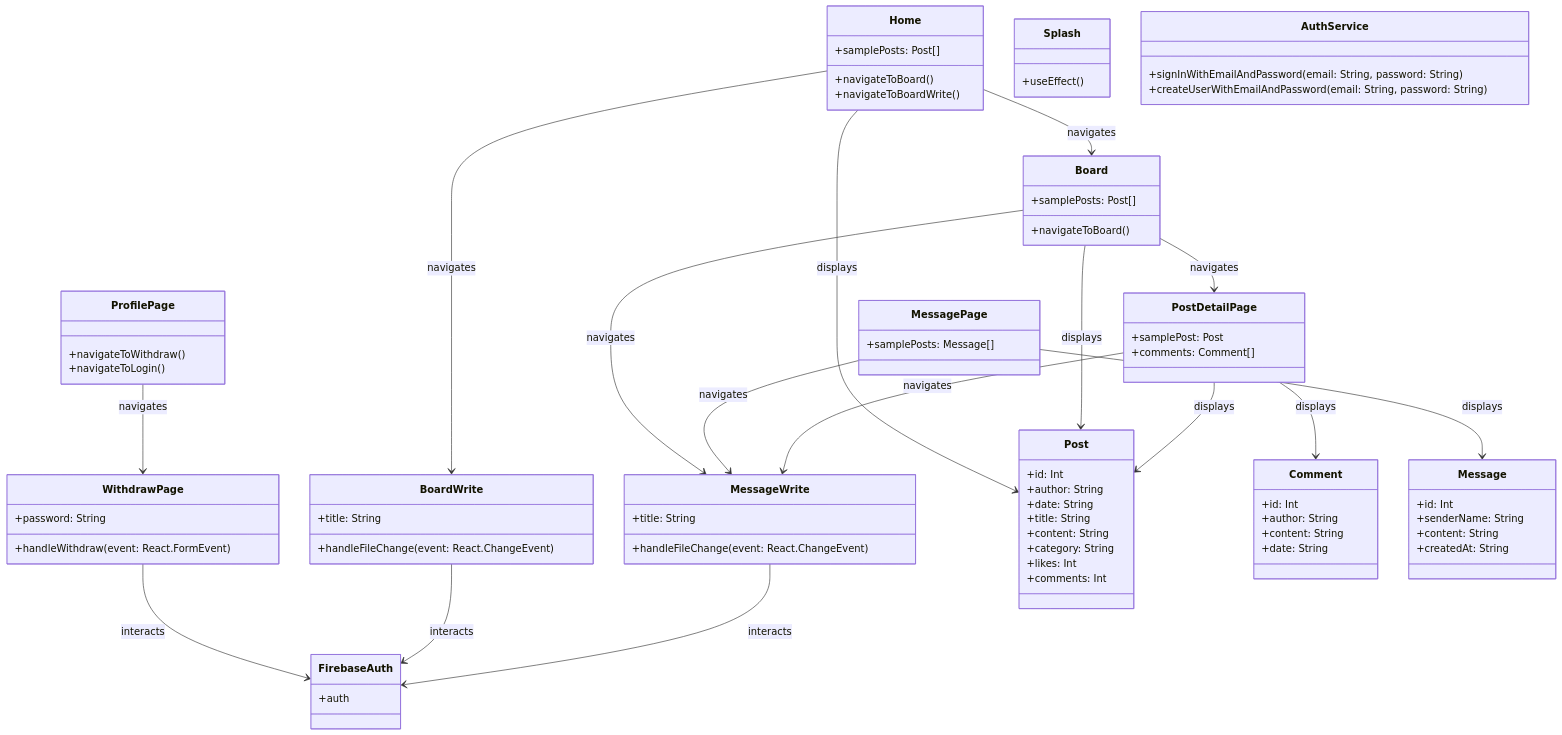
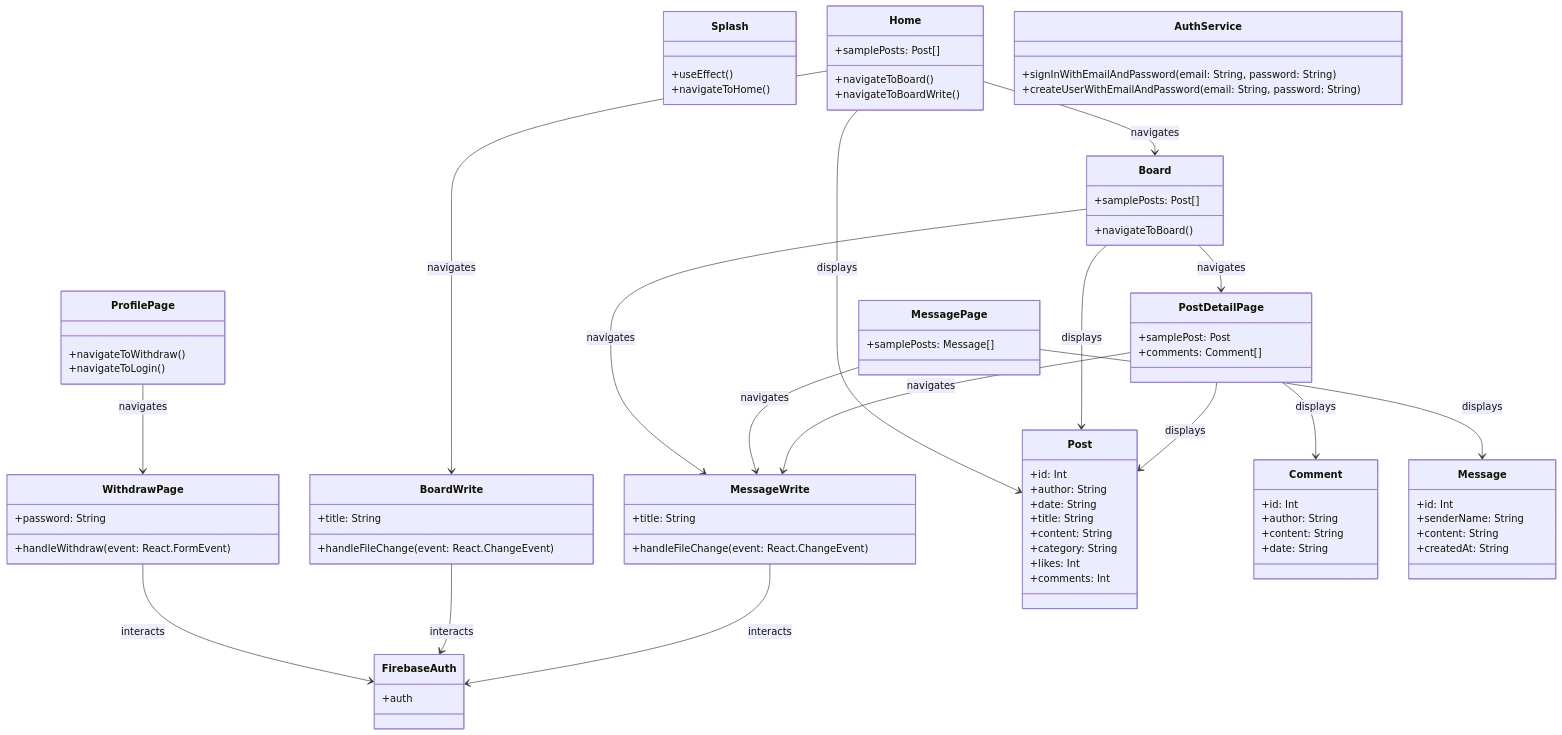
The diagram in README.md (Playinc-React-NodeJS-etc/Eoullim), drawn with Mermaid before and after one commit.

````diff
--- a/README.md
+++ b/README.md
@@ -1,5 +1,12 @@
 ```mermaid
 classDiagram
+
+    class Splash {
+        +useEffect()
+        +navigateToHome()
+    }
+
+
     class Home {
         +samplePosts: Post[]
         +navigateToBoard()
@@ -24,10 +31,6 @@
     class ProfilePage {
         +navigateToWithdraw()
         +navigateToLogin()
-    }
-
-    class Splash {
-        +useEffect()
     }
 
     class WithdrawPage {
````
